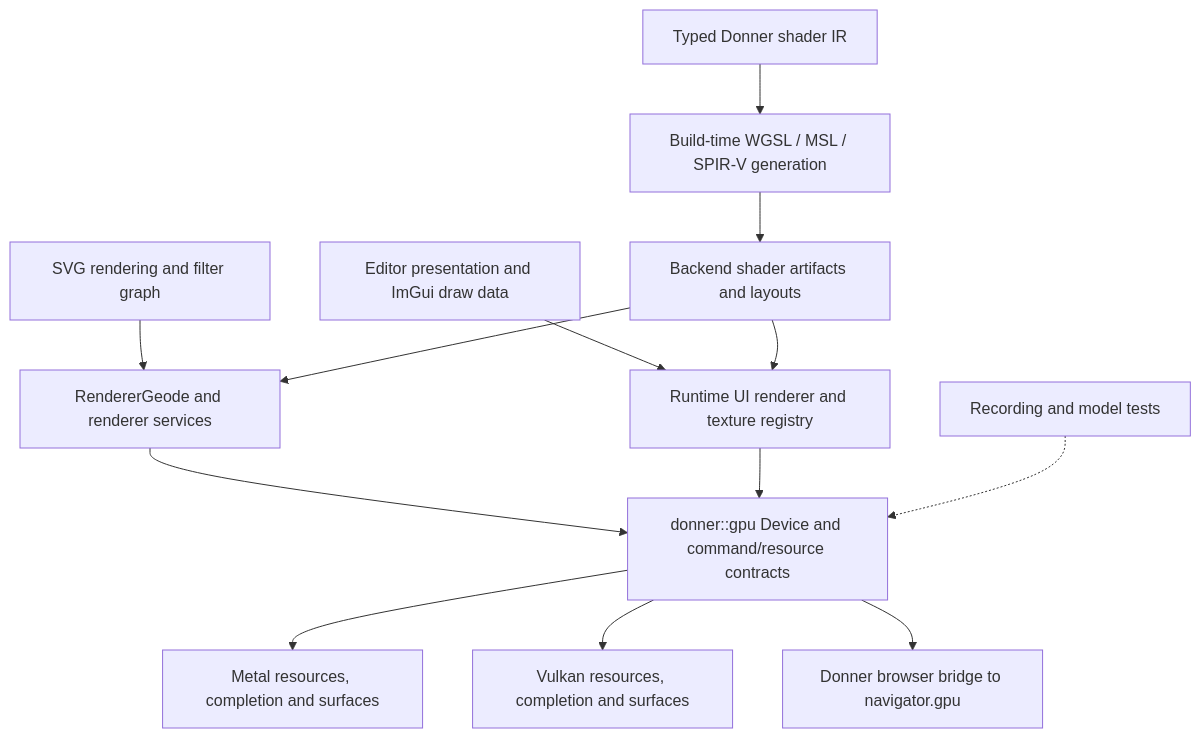
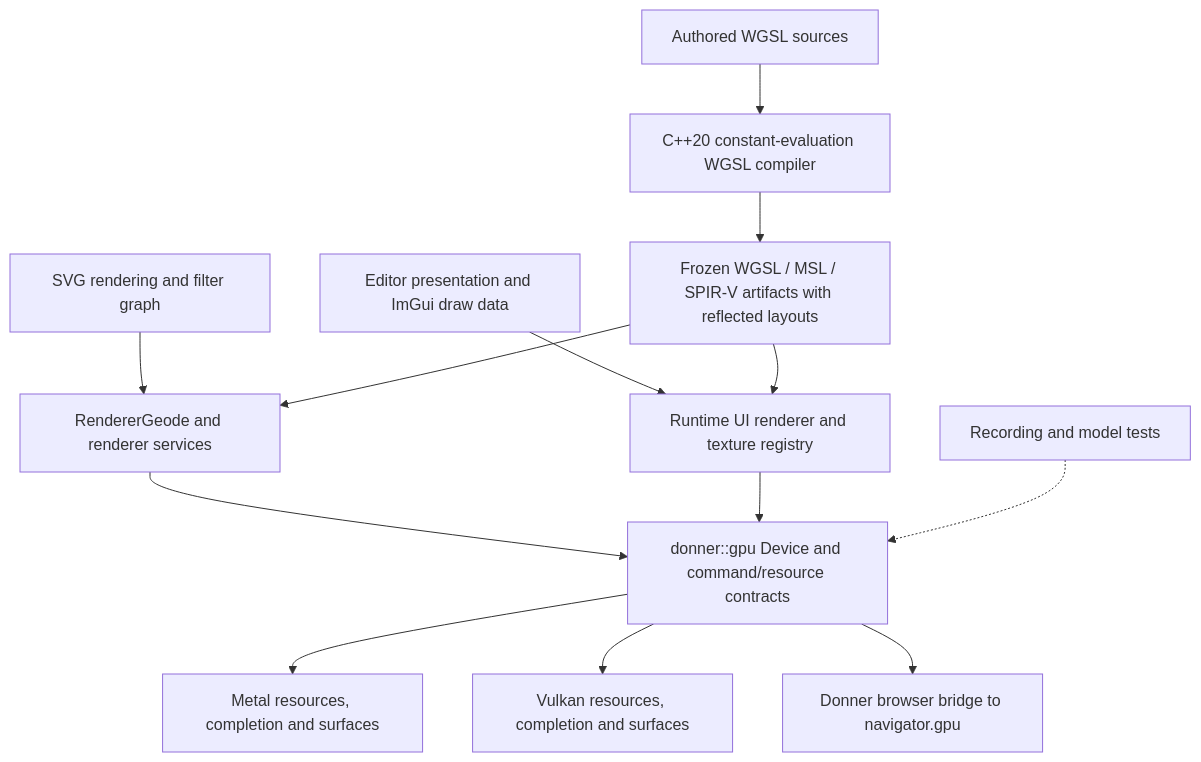
One commit to jwmcglynn/donner changed the diagram in docs/design_docs/0053-native_gpu_hal.md. Above: the diagram before and after it, drawn with Mermaid. The commit also changed other lines of this file, not shown here.

First line of the commit message:
Refresh the native GPU runtime design for compile-time WGSL shaders

````diff
--- a/docs/design_docs/0053-native_gpu_hal.md
+++ b/docs/design_docs/0053-native_gpu_hal.md
@@ -186,15 +205,15 @@
 ```mermaid
 flowchart TD
     SVG[SVG rendering and filter graph] --> GEODE[RendererGeode and renderer services]
     EDITOR[Editor presentation and ImGui draw data] --> UI[Runtime UI renderer and texture registry]
     GEODE --> GPU[donner::gpu Device and command/resource contracts]
     UI --> GPU
     GPU --> METAL[Metal resources, completion and surfaces]
     GPU --> VULKAN[Vulkan resources, completion and surfaces]
     GPU --> WEB[Donner browser bridge to navigator.gpu]
-    IR[Typed Donner shader IR] --> BUILD[Build-time WGSL / MSL / SPIR-V generation]
-    BUILD --> ARTIFACTS[Backend shader artifacts and layouts]
+    WGSL[Authored WGSL sources] --> COMPILER[C++20 constant-evaluation WGSL compiler]
+    COMPILER --> ARTIFACTS[Frozen WGSL / MSL / SPIR-V artifacts with reflected layouts]
     ARTIFACTS --> GEODE
     ARTIFACTS --> UI
     TESTS[Recording and model tests] -.-> GPU
 ```
````
